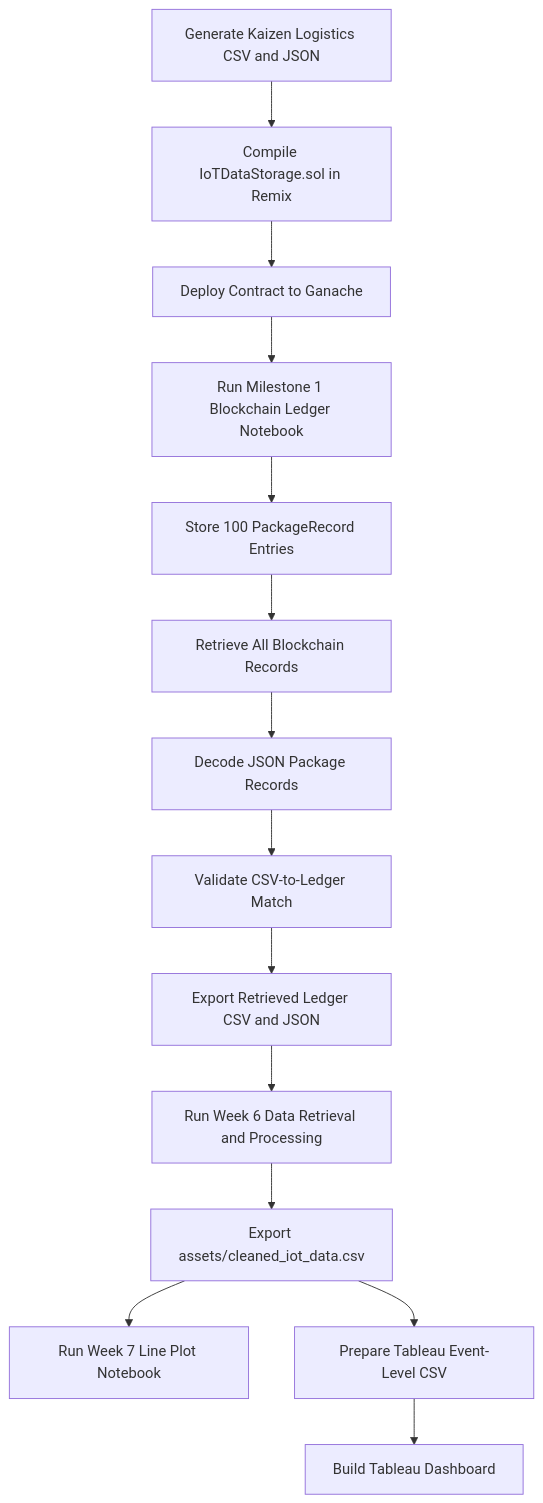
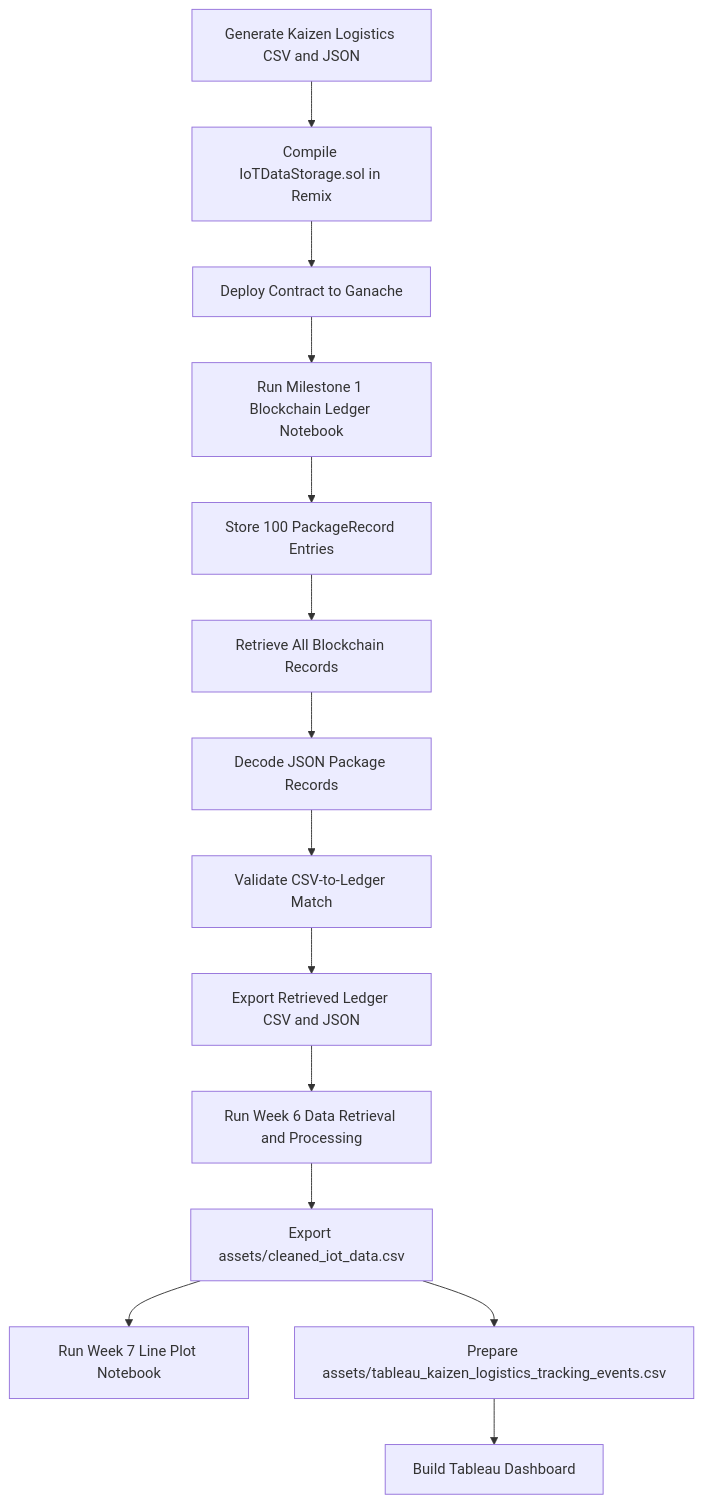
The diagram in DEVELOPER_GUIDE.md (Team-Kaizen-MMDC/adet), drawn with Mermaid before and after one commit. The commit also changed other lines of this file and 4 other files, not shown here.

````diff
--- a/DEVELOPER_GUIDE.md
+++ b/DEVELOPER_GUIDE.md
@@ -11,16 +11,16 @@
 ```mermaid
 flowchart TD
     A[Generate Kaizen Logistics CSV and JSON] --> B[Compile IoTDataStorage.sol in Remix]
     B --> C[Deploy Contract to Ganache]
     C --> D[Run Milestone 1 Blockchain Ledger Notebook]
     D --> E[Store 100 PackageRecord Entries]
     E --> F[Retrieve All Blockchain Records]
     F --> G[Decode JSON Package Records]
     G --> H[Validate CSV-to-Ledger Match]
     H --> I[Export Retrieved Ledger CSV and JSON]
     I --> J[Run Week 6 Data Retrieval and Processing]
     J --> K[Export assets/cleaned_iot_data.csv]
     K --> L[Run Week 7 Line Plot Notebook]
-    K --> M[Prepare Tableau Event-Level CSV]
+    K --> M[Prepare assets/tableau_kaizen_logistics_tracking_events.csv]
     M --> N[Build Tableau Dashboard]
 ```
````
